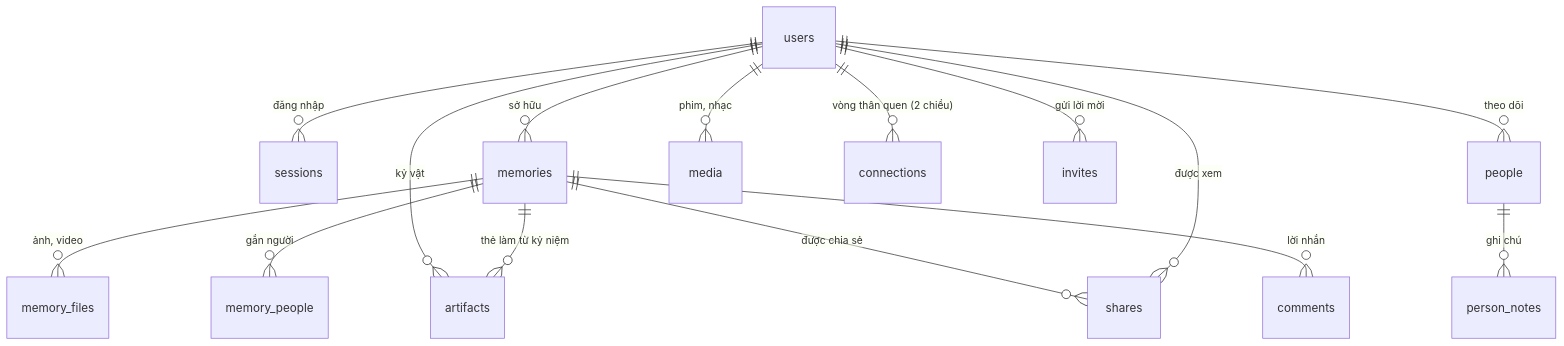
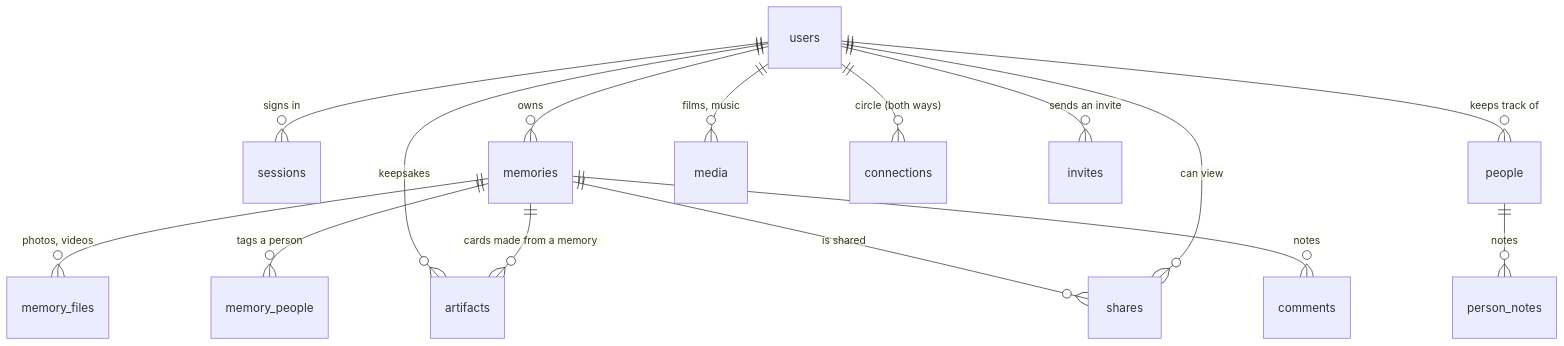
Before and after one commit to Bone-helloworld/Memory-Lane: the second of 2 diagrams in README.md, drawn with Mermaid. The commit also changed other lines of this file and 16 other files, not shown here.

````diff
--- a/README.md
+++ b/README.md
@@ -234,17 +225,17 @@
 ```mermaid
 erDiagram
-  users ||--o{ sessions : "đăng nhập"
-  users ||--o{ memories : "sở hữu"
-  memories ||--o{ memory_files : "ảnh, video"
-  users ||--o{ people : "theo dõi"
-  people ||--o{ person_notes : "ghi chú"
-  memories ||--o{ memory_people : "gắn người"
-  users ||--o{ media : "phim, nhạc"
-  users ||--o{ artifacts : "kỷ vật"
-  memories ||--o{ artifacts : "thẻ làm từ kỷ niệm"
-  users ||--o{ connections : "vòng thân quen (2 chiều)"
-  users ||--o{ invites : "gửi lời mời"
-  memories ||--o{ shares : "được chia sẻ"
-  users ||--o{ shares : "được xem"
-  memories ||--o{ comments : "lời nhắn"
+  users ||--o{ sessions : "signs in"
+  users ||--o{ memories : "owns"
+  memories ||--o{ memory_files : "photos, videos"
+  users ||--o{ people : "keeps track of"
+  people ||--o{ person_notes : "notes"
+  memories ||--o{ memory_people : "tags a person"
+  users ||--o{ media : "films, music"
+  users ||--o{ artifacts : "keepsakes"
+  memories ||--o{ artifacts : "cards made from a memory"
+  users ||--o{ connections : "circle (both ways)"
+  users ||--o{ invites : "sends an invite"
+  memories ||--o{ shares : "is shared"
+  users ||--o{ shares : "can view"
+  memories ||--o{ comments : "notes"
 ```
````
